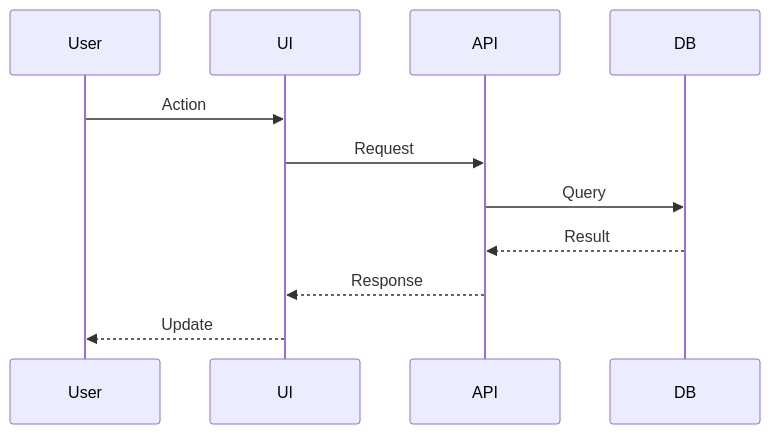
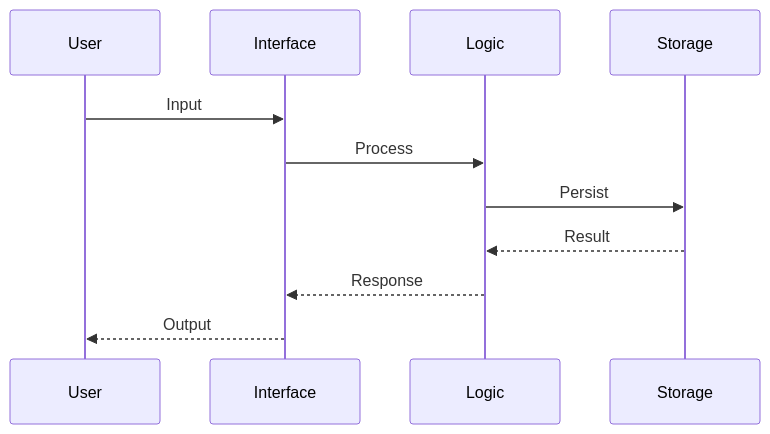
One commit to golovachruslan/claude-pro-skills changed the fifth of 6 diagrams in project-context/agents/architecture-documenter.md. Above: the diagram before and after it, drawn with Mermaid. The commit also changed other lines of this file and 3 other files, not shown here.

````diff
--- a/project-context/agents/architecture-documenter.md
+++ b/project-context/agents/architecture-documenter.md
@@ -101,14 +128,14 @@
 ```mermaid
 sequenceDiagram
     participant User
-    participant UI
-    participant API
-    participant DB
+    participant Interface
+    participant Logic
+    participant Storage
 
-    User->>UI: Action
-    UI->>API: Request
-    API->>DB: Query
-    DB-->>API: Result
-    API-->>UI: Response
-    UI-->>User: Update
+    User->>Interface: Input
+    Interface->>Logic: Process
+    Logic->>Storage: Persist
+    Storage-->>Logic: Result
+    Logic-->>Interface: Response
+    Interface-->>User: Output
 ```
````
